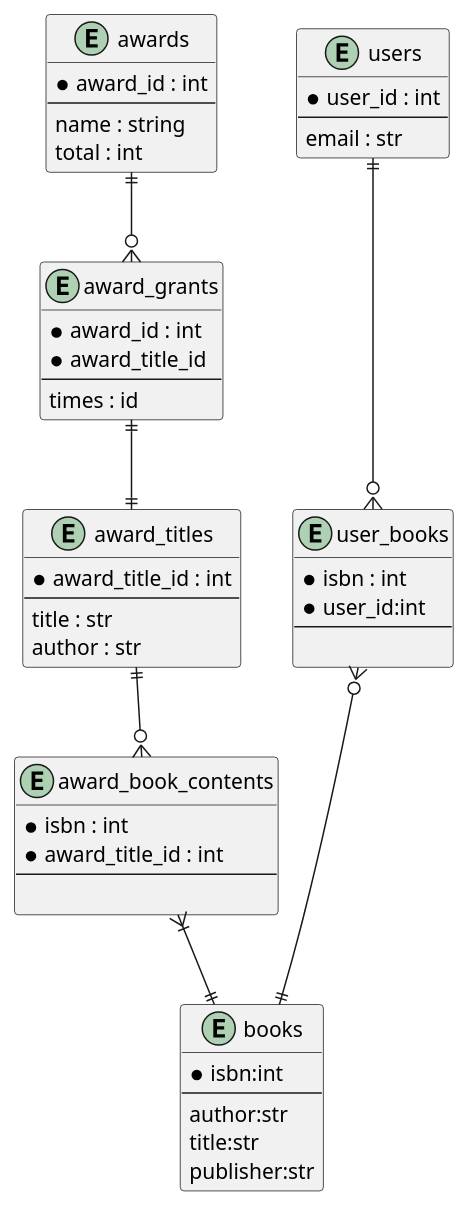
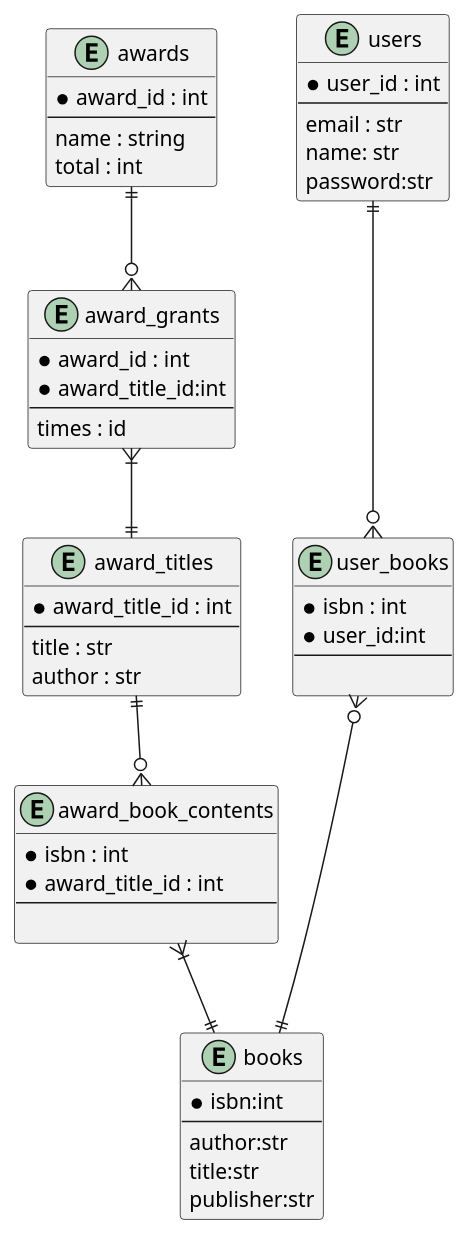
The diagram in backend/db/ER/erd.pu (Yokoyoko-yu/new_book_app), drawn with PlantUML before and after one commit. The commit also changed 4024 other files, not shown here.

```diff
--- a/backend/db/ER/erd.pu
+++ b/backend/db/ER/erd.pu
@@ -1,75 +1,77 @@
 @startuml
 
 entity "awards" {
   * award_id : int
   --
   name : string
   total : int
 }
 
 entity "award_grants" {
   * award_id : int
-  * award_title_id
+  * award_title_id:int
   --
   times : id
 }
 
 entity "award_titles" {
   * award_title_id : int
   --
   title : str
   author : str
 }
 
 
 entity "award_book_contents" {
     *isbn : int
     *award_title_id : int
     --
 
 }
 
 
 
 awards ||--o{ award_grants
 
-award_grants ||--|| award_titles
+award_grants }|--|| award_titles
 
 award_titles ||--o{ award_book_contents
 
 
 
 
 ' ユーザーのER図
 
 entity "users" {
     *user_id : int
     --
     email : str
+    name: str
+    password:str
 }
 
 entity "user_books" {
     *isbn : int 
     *user_id:int
     --
     
 }
 
 entity "books"{
     *isbn:int
     --
     author:str
     title:str
     publisher:str
 }
 
 users||---o{user_books
 
 user_books}o---||books
 
 award_book_contents}|--||books
 
 
 
 
 @enduml
```
